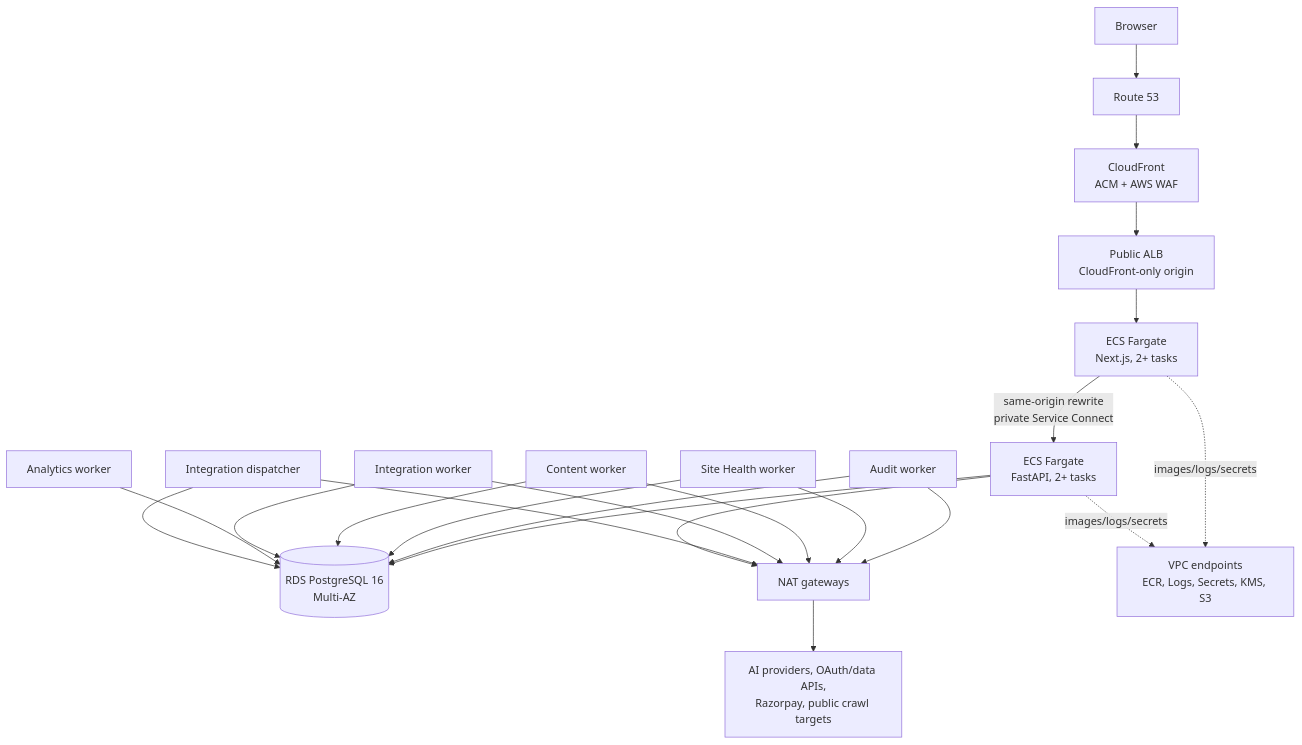
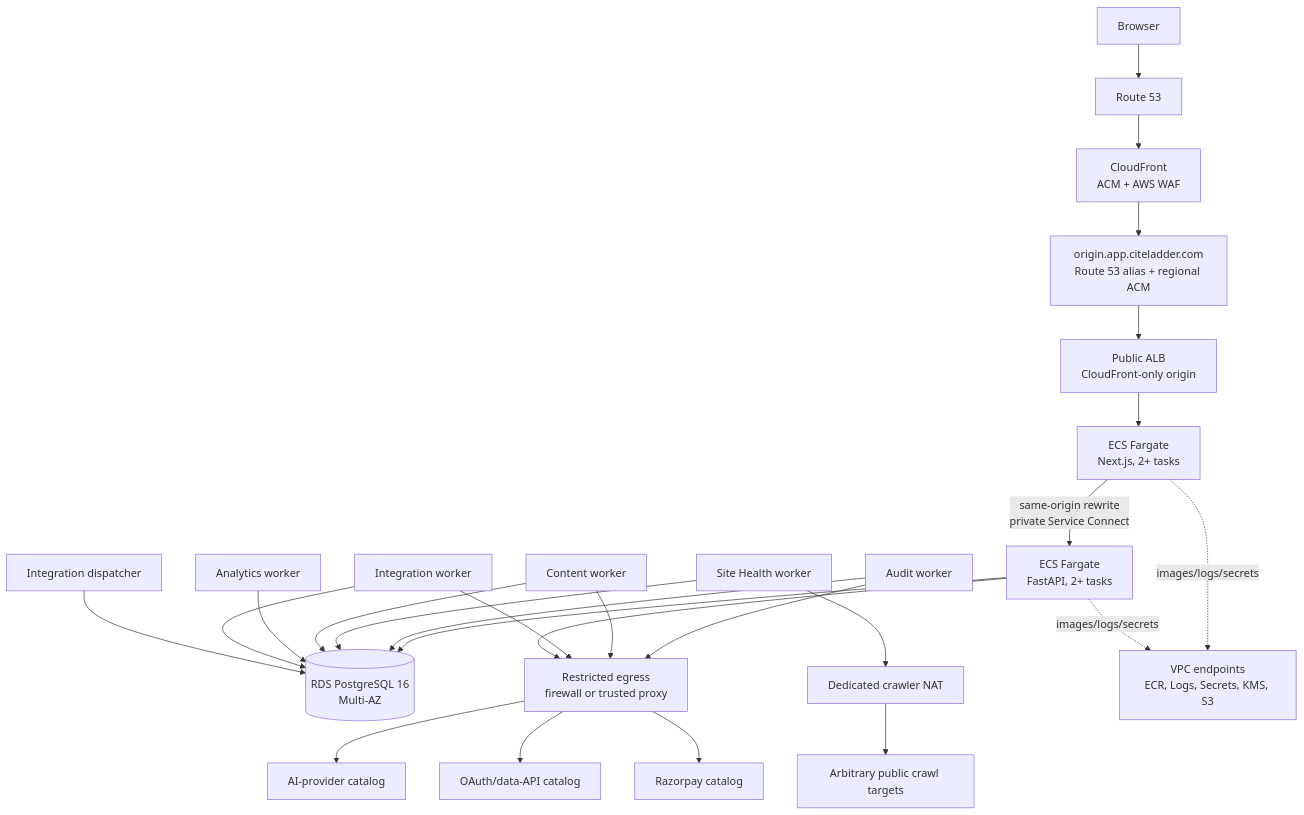
Before and after one commit to Cube-27/Citeladder: the diagram in docs/operations/aws-hosting-runbook.md, drawn with Mermaid. The commit also changed other lines of this file and 51 other files, not shown here.

````diff
--- a/docs/operations/aws-hosting-runbook.md
+++ b/docs/operations/aws-hosting-runbook.md
@@ -77,27 +78,30 @@
 ```mermaid
 flowchart TD
     U[Browser] --> R53[Route 53]
     R53 --> CF[CloudFront<br/>ACM + AWS WAF]
-    CF --> ALB[Public ALB<br/>CloudFront-only origin]
+    CF --> ORIGIN[origin.app.citeladder.com<br/>Route 53 alias + regional ACM]
+    ORIGIN --> ALB[Public ALB<br/>CloudFront-only origin]
     ALB --> FE[ECS Fargate<br/>Next.js, 2+ tasks]
     FE -->|same-origin rewrite<br/>private Service Connect| API[ECS Fargate<br/>FastAPI, 2+ tasks]
     API --> DB[(RDS PostgreSQL 16<br/>Multi-AZ)]
 
     AW[Audit worker] --> DB
     SW[Site Health worker] --> DB
     CW[Content worker] --> DB
     AN[Analytics worker] --> DB
     IW[Integration worker] --> DB
     ID[Integration dispatcher] --> DB
 
-    AW --> NAT[NAT gateways]
-    SW --> NAT
-    CW --> NAT
-    IW --> NAT
-    ID --> NAT
-    API --> NAT
-    NAT --> EXT[AI providers, OAuth/data APIs,<br/>Razorpay, public crawl targets]
+    AW --> RE[Restricted egress<br/>firewall or trusted proxy]
+    CW --> RE
+    IW --> RE
+    API --> RE
+    RE --> AI[AI-provider catalog]
+    RE --> DATA[OAuth/data-API catalog]
+    RE --> PAY[Razorpay catalog]
+    SW --> CNAT[Dedicated crawler NAT]
+    CNAT --> WEB[Arbitrary public crawl targets]
 
     FE -. images/logs/secrets .-> VPCE[VPC endpoints<br/>ECR, Logs, Secrets, KMS, S3]
     API -. images/logs/secrets .-> VPCE
 ```
````
